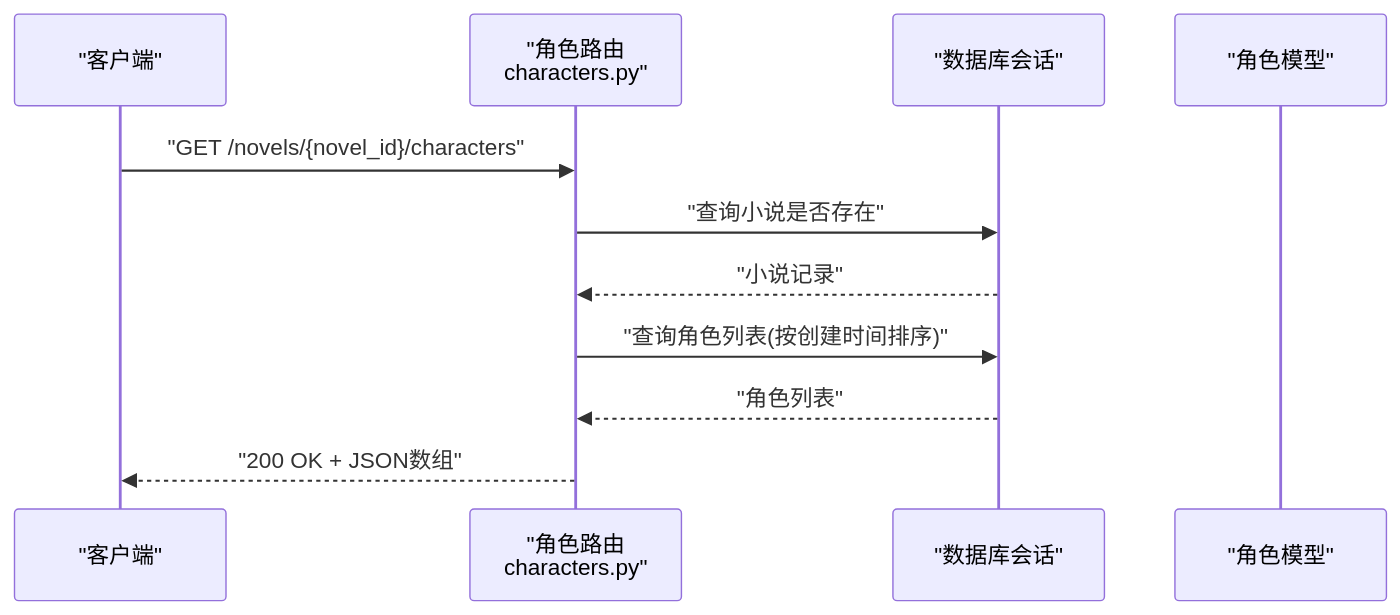
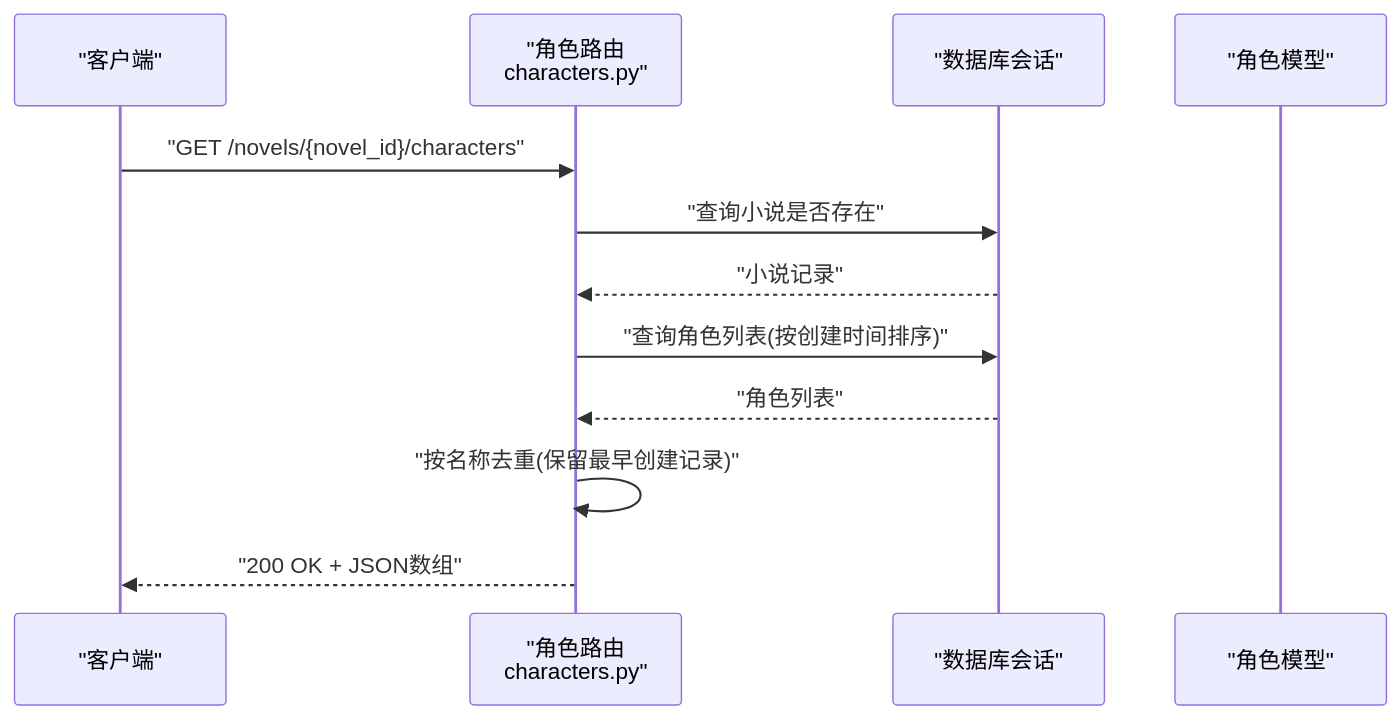
The third of 10 diagrams in .qoder/repowiki/zh/content/API接口文档/角色管理API.md (xfbyxq/ai-novel-system), drawn with Mermaid before and after one commit. The commit also changed other lines of this file and 11 other files, not shown here.

````diff
--- a/.qoder/repowiki/zh/content/API接口文档/角色管理API.md
+++ b/.qoder/repowiki/zh/content/API接口文档/角色管理API.md
@@ -240,13 +348,14 @@
 ```mermaid
 sequenceDiagram
 participant Client as "客户端"
 participant Router as "角色路由<br/>characters.py"
 participant DB as "数据库会话"
 participant Model as "角色模型"
 Client->>Router : "GET /novels/{novel_id}/characters"
 Router->>DB : "查询小说是否存在"
 DB-->>Router : "小说记录"
 Router->>DB : "查询角色列表(按创建时间排序)"
 DB-->>Router : "角色列表"
+Router->>Router : "按名称去重(保留最早创建记录)"
 Router-->>Client : "200 OK + JSON数组"
 ```
````
